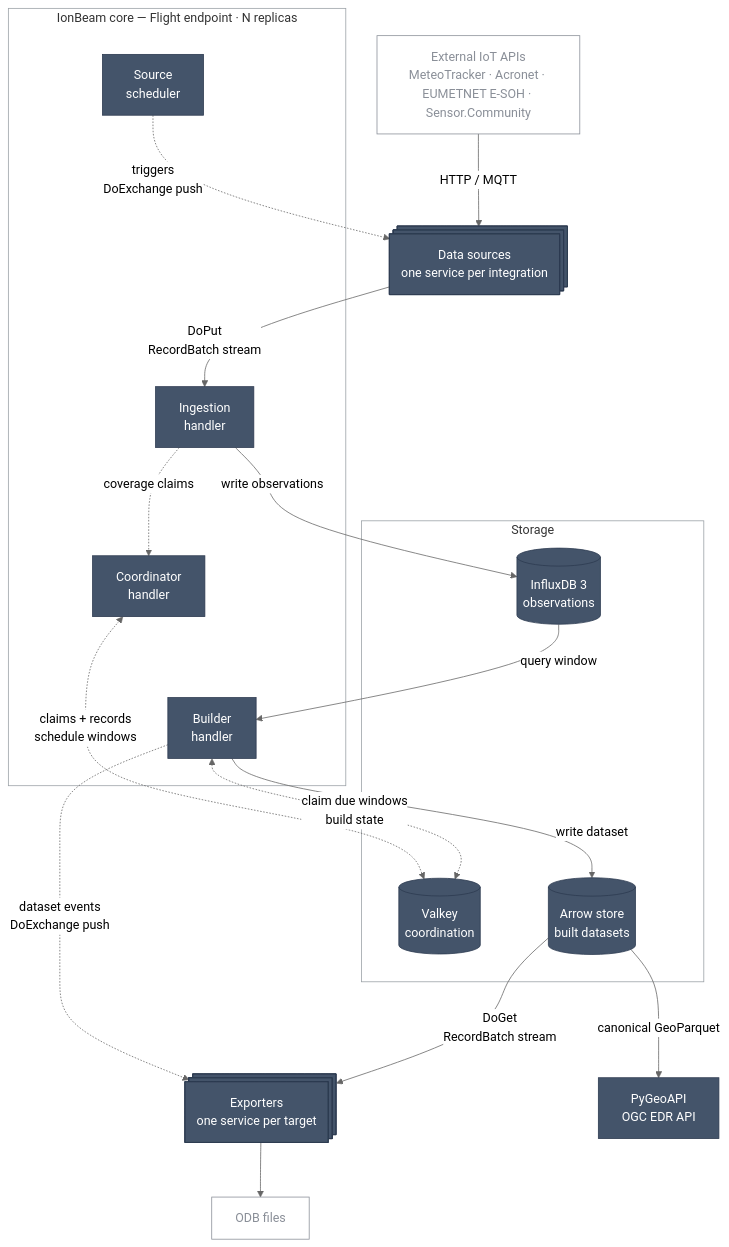
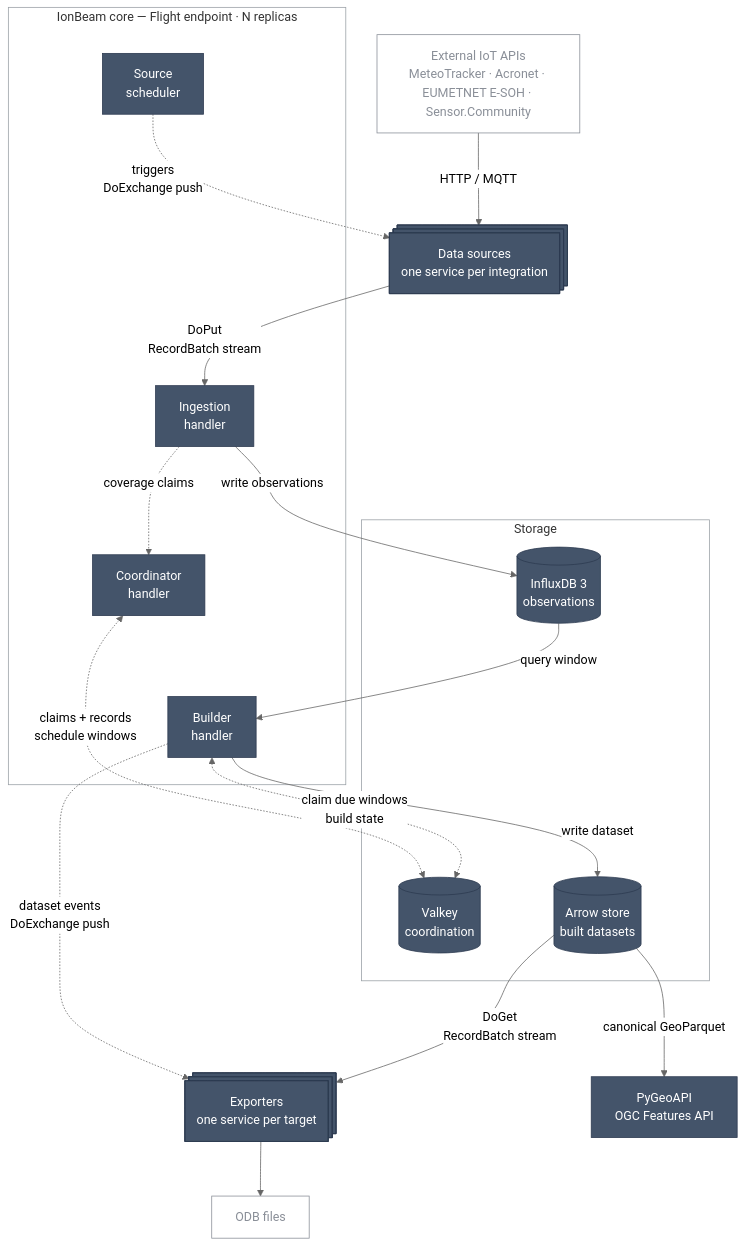
Before and after one commit to ecmwf/IonBeam: the diagram in docs/architecture-diagram.mmd, drawn with Mermaid (neutral theme). The commit also changed 9 other files, not shown here.

Commit message:
docs: client guide, published wheels, Features API naming

```diff
--- a/docs/architecture-diagram.mmd
+++ b/docs/architecture-diagram.mmd
@@ -1,48 +1,48 @@
 %%{init: {"flowchart": {"diagramPadding": 12, "nodeSpacing": 60, "rankSpacing": 70, "htmlLabels": true}}}%%
 flowchart TB
 
 EXT["External IoT APIs<br/>MeteoTracker · Acronet · EUMETNET E-SOH · Sensor.Community"]
 
 SOURCES@{ shape: procs, label: "Data sources<br/>one service per integration" }
 
 subgraph CORE["IonBeam core — Flight endpoint · N replicas"]
   SCHED["Source<br/>scheduler"]
   ING["Ingestion<br/>handler"]
   COORD["Coordinator<br/>handler"]
   BUILD["Builder<br/>handler"]
 end
 
 subgraph STORES["Storage"]
   INFLUX[("InfluxDB 3<br/>observations")]
   VALKEY[("Valkey<br/>coordination")]
   ARROW[("Arrow store<br/>built datasets")]
 end
 
 EXPORTERS@{ shape: procs, label: "Exporters<br/>one service per target" }
-PYGEO["PyGeoAPI<br/>OGC EDR API"]
+PYGEO["PyGeoAPI<br/>OGC Features API"]
 OUTPUTS["ODB files"]
 
 EXT -->|"HTTP / MQTT"| SOURCES
 SCHED -.->|"triggers<br/>DoExchange push"| SOURCES
 SOURCES -->|"DoPut<br/>RecordBatch stream"| ING
 ING -->|"write observations"| INFLUX
 ING -.->|"coverage claims"| COORD
 COORD <-.->|"claims + records<br/>schedule windows"| VALKEY
 BUILD <-.->|"claim due windows<br/>build state"| VALKEY
 INFLUX -->|"query window"| BUILD
 BUILD -->|"write dataset"| ARROW
 BUILD -.->|"dataset events<br/>DoExchange push"| EXPORTERS
 ARROW -->|"DoGet<br/>RecordBatch stream"| EXPORTERS
 EXPORTERS --> OUTPUTS
 ARROW -->|"canonical GeoParquet"| PYGEO
 
 COORD ~~~ BUILD
 
 classDef inside fill:#44546A,stroke:#2D3A50,color:#FFFFFF
 classDef outside fill:transparent,stroke:#8A8F98,color:#8A8F98
 
 class SOURCES,SCHED,ING,COORD,BUILD,EXPORTERS,PYGEO,INFLUX,VALKEY,ARROW inside
 class EXT,OUTPUTS outside
 
 style CORE fill:transparent,stroke:#9AA0A6,stroke-width:1px
 style STORES fill:transparent,stroke:#9AA0A6,stroke-width:1px
```
